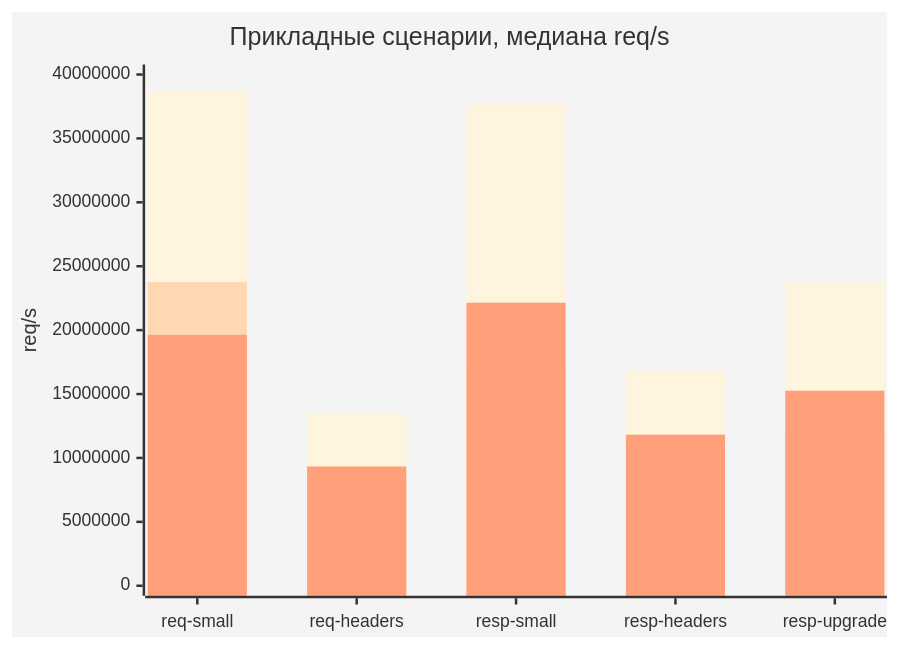
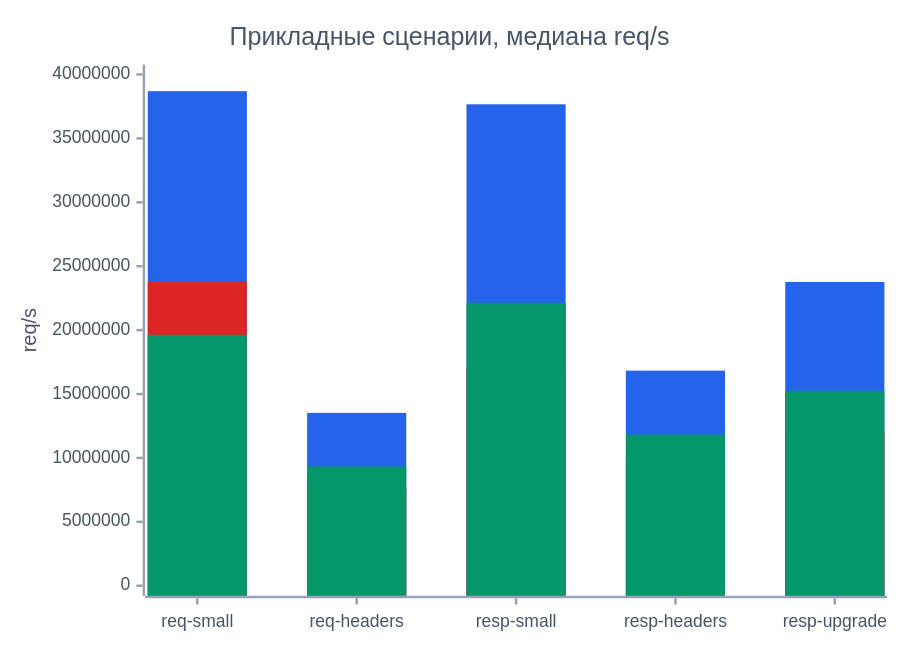
The first of 2 diagrams in docs/ru/09-test-results.md (ioplane/iohttpparser), drawn with Mermaid before and after one commit. The commit also changed other lines of this file and 1 other file, not shown here.

Commit message:
docs: improve test result chart readability

````diff
--- a/docs/ru/09-test-results.md
+++ b/docs/ru/09-test-results.md
@@ -116,10 +116,25 @@
 ```mermaid
-%%{init: {'theme':'base','themeVariables': {'plotColorPalette':'#2563eb,#dc2626,#059669'}}}%%
+---
+config:
+  theme: base
+  themeVariables:
+    xyChart:
+      plotColorPalette: "#2563eb, #dc2626, #059669"
+      titleColor: "#475569"
+      xAxisLabelColor: "#475569"
+      xAxisTitleColor: "#475569"
+      xAxisTickColor: "#94a3b8"
+      xAxisLineColor: "#94a3b8"
+      yAxisLabelColor: "#475569"
+      yAxisTitleColor: "#475569"
+      yAxisTickColor: "#94a3b8"
+      yAxisLineColor: "#94a3b8"
+---
 xychart-beta
     title "Прикладные сценарии, медиана req/s"
     x-axis ["req-small", "req-headers", "resp-small", "resp-headers", "resp-upgrade"]
     y-axis "req/s" 0 --> 40000000
     bar [38695677.07, 13525043.61, 37669387.46, 16830116.55, 23766424.53]
     bar [23759749.96, 7702701.60, 17006629.18, 9694390.17, 11994313.02]
     bar [19635405.86, 9334685.68, 22148835.75, 11824577.19, 15261886.34]
 ```
````
